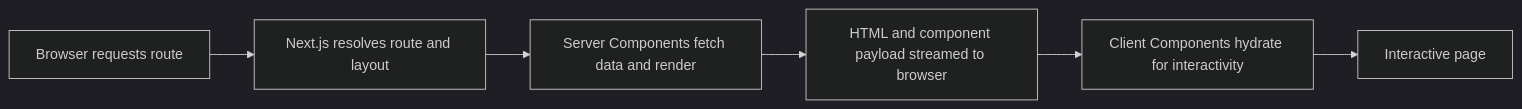
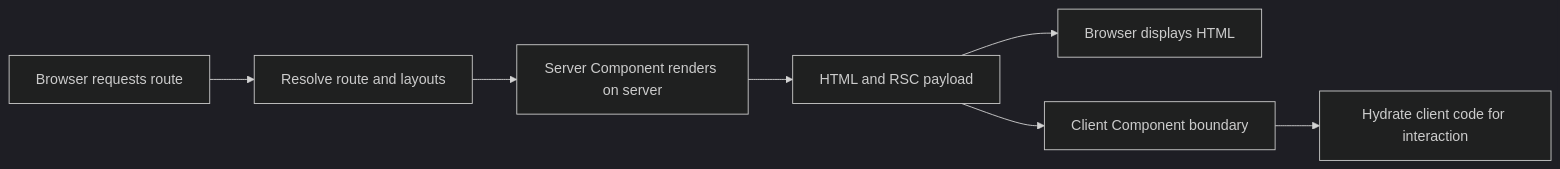
The diagram in 03-frontend/nextjs.md (nahezsakharkar/interview-prep), drawn with Mermaid (dark theme) before and after one commit. The commit also changed other lines of this file and 27 other files, not shown here.

````diff
--- a/03-frontend/nextjs.md
+++ b/03-frontend/nextjs.md
@@ -38,8 +29,9 @@
 ```mermaid
 flowchart LR
-  browser[Browser requests route] --> route[Next.js resolves route and layout]
-  route --> server[Server Components fetch data and render]
-  server --> stream[HTML and component payload streamed to browser]
-  stream --> client[Client Components hydrate for interactivity]
-  client --> interactive[Interactive page]
+    request[Browser requests route] --> route[Resolve route and layouts]
+    route --> server[Server Component renders on server]
+    server --> html[HTML and RSC payload]
+    html --> browser[Browser displays HTML]
+    html --> client[Client Component boundary]
+    client --> hydrate[Hydrate client code for interaction]
 ```
````
